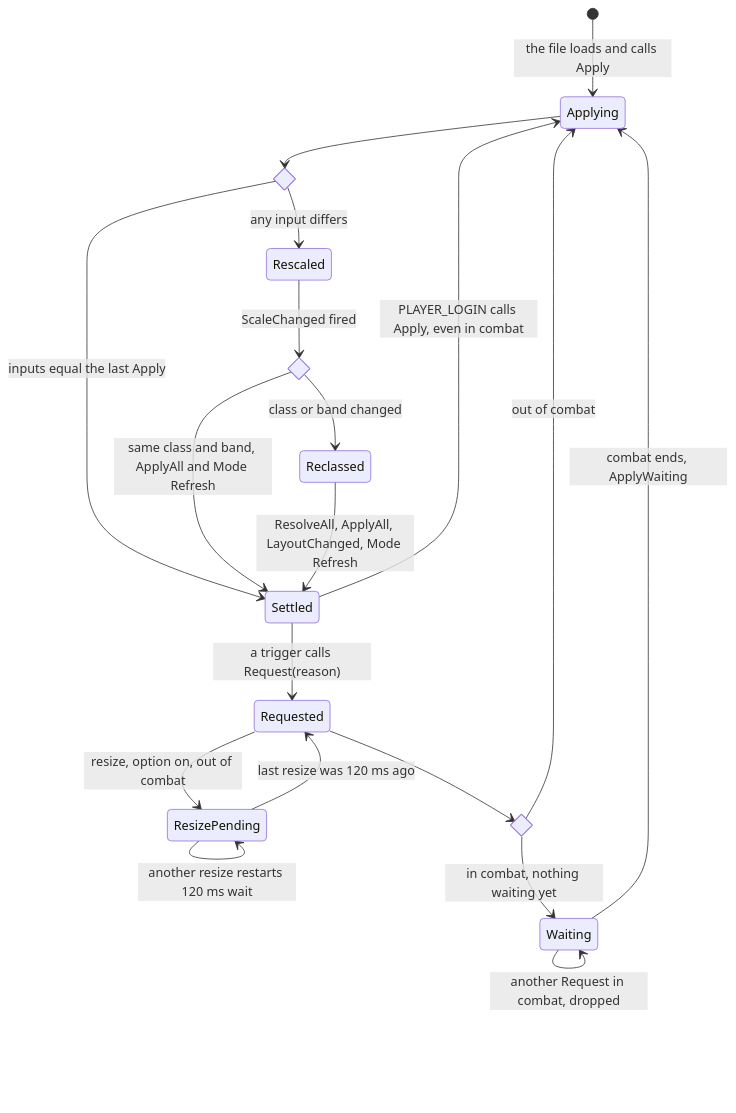
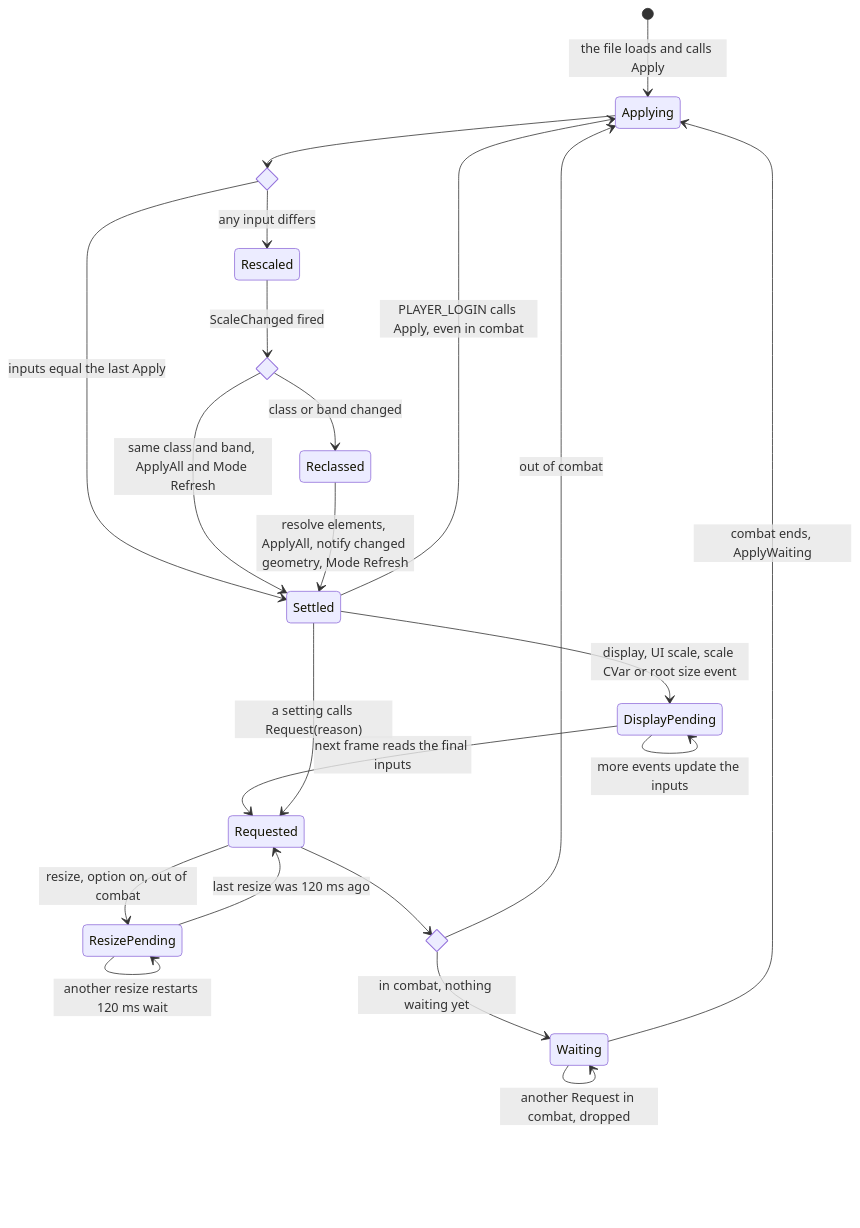
Before and after one commit to Baine/KstyleUI: the diagram in docs/statecharts/arrangement-layout-class.md, drawn with Mermaid. The commit also changed other lines of this file and 12 other files, not shown here.

Commit message:
perf(scale): make screen-size changes cheap (#528)

````diff
--- a/docs/statecharts/arrangement-layout-class.md
+++ b/docs/statecharts/arrangement-layout-class.md
@@ -5,24 +5,27 @@
 ```mermaid
 stateDiagram-v2
     [*] --> Applying : the file loads and calls Apply
     Settled --> Applying : PLAYER_LOGIN calls Apply, even in combat
-    Settled --> Requested : a trigger calls Request(reason)
+    Settled --> DisplayPending : display, UI scale, scale CVar or root size event
+    DisplayPending --> DisplayPending : more events update the inputs
+    DisplayPending --> Requested : next frame reads the final inputs
+    Settled --> Requested : a setting calls Request(reason)
     Requested --> ResizePending : resize, option on, out of combat
     ResizePending --> ResizePending : another resize restarts 120 ms wait
     ResizePending --> Requested : last resize was 120 ms ago
     state combat <<choice>>
     Requested --> combat
     combat --> Applying : out of combat
     combat --> Waiting : in combat, nothing waiting yet
     Waiting --> Waiting : another Request in combat, dropped
     Waiting --> Applying : combat ends, ApplyWaiting
     state changed <<choice>>
     Applying --> changed
     changed --> Settled : inputs equal the last Apply
     changed --> Rescaled : any input differs
     state newClass <<choice>>
     Rescaled --> newClass : ScaleChanged fired
     newClass --> Settled : same class and band, ApplyAll and Mode Refresh
     newClass --> Reclassed : class or band changed
-    Reclassed --> Settled : ResolveAll, ApplyAll, LayoutChanged, Mode Refresh
+    Reclassed --> Settled : resolve elements, ApplyAll, notify changed geometry, Mode Refresh
 ```
````
